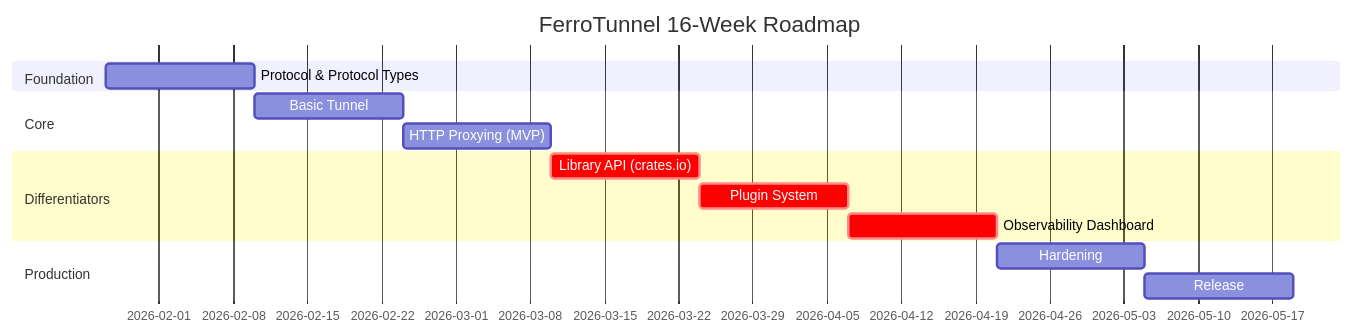
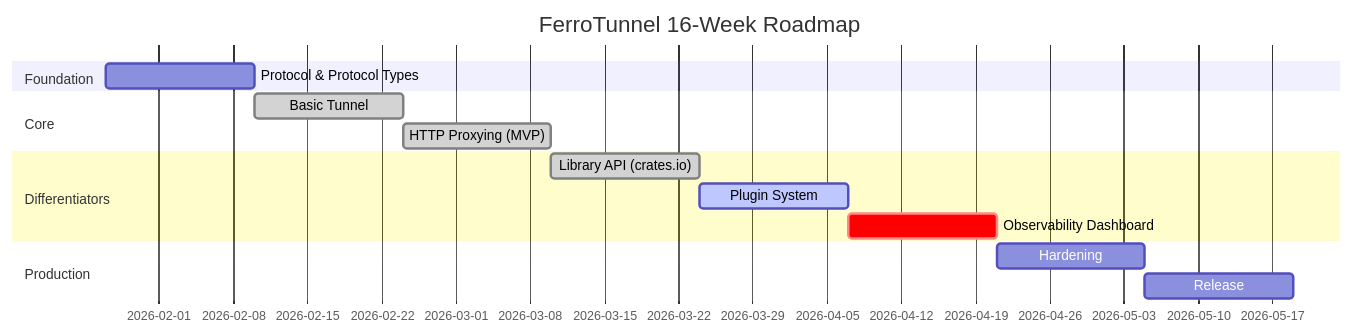
Before and after one commit to MitulShah1/ferrotunnel: the diagram in ROADMAP.md, drawn with Mermaid. The commit also changed other lines of this file and 2 other files, not shown here.

````diff
--- a/ROADMAP.md
+++ b/ROADMAP.md
@@ -21,17 +21,17 @@
 ```mermaid
 gantt
     title FerroTunnel 16-Week Roadmap
     dateFormat YYYY-MM-DD
     section Foundation
     Protocol & Protocol Types     :p1, 2026-01-27, 2w
     section Core
-    Basic Tunnel                   :p2, after p1, 2w
-    HTTP Proxying (MVP)            :p3, after p2, 2w
+    Basic Tunnel                   :done, p2, after p1, 2w
+    HTTP Proxying (MVP)            :done, p3, after p2, 2w
     section Differentiators
-    Library API (crates.io)        :crit, p4, after p3, 2w
-    Plugin System                  :crit, p5, after p4, 2w
+    Library API (crates.io)        :done, p4, after p3, 2w
+    Plugin System                  :active, p5, after p4, 2w
     Observability Dashboard        :crit, p6, after p5, 2w
     section Production
     Hardening                      :p7, after p6, 2w
     Release                        :p8, after p7, 2w
 ```
````
